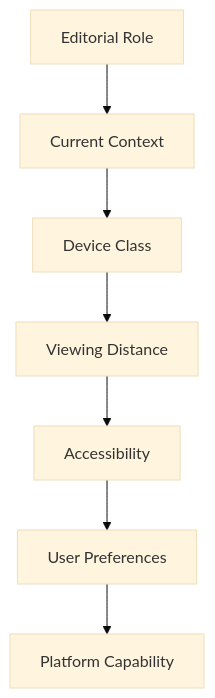
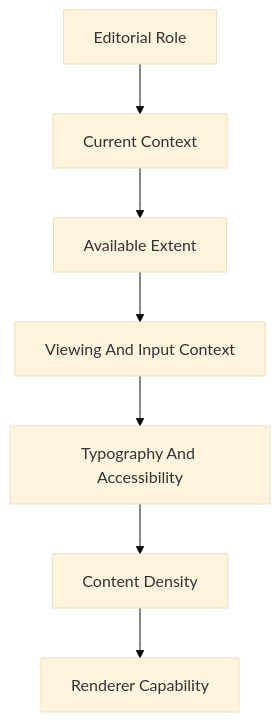
Before and after one commit to mosaic-media/mosaic-architecture: the third of 8 diagrams in docs/design/system/mds-004-typography-system/08-runtime-resolution.md, drawn with Mermaid (base theme). The commit also changed other lines of this file and 13 other files, not shown here.

````diff
--- a/docs/design/system/mds-004-typography-system/08-runtime-resolution.md
+++ b/docs/design/system/mds-004-typography-system/08-runtime-resolution.md
@@ -120,18 +120,18 @@
 ```mermaid
 flowchart TD
 
 N1["Editorial Role"]
 N2["Current Context"]
-N3["Device Class"]
-N4["Viewing Distance"]
-N5["Accessibility"]
-N6["User Preferences"]
-N7["Platform Capability"]
+N3["Available Extent"]
+N4["Viewing And Input Context"]
+N5["Typography And Accessibility"]
+N6["Content Density"]
+N7["Renderer Capability"]
 
 N1 --> N2
 N2 --> N3
 N3 --> N4
 N4 --> N5
 N5 --> N6
 N6 --> N7
 ```
````
